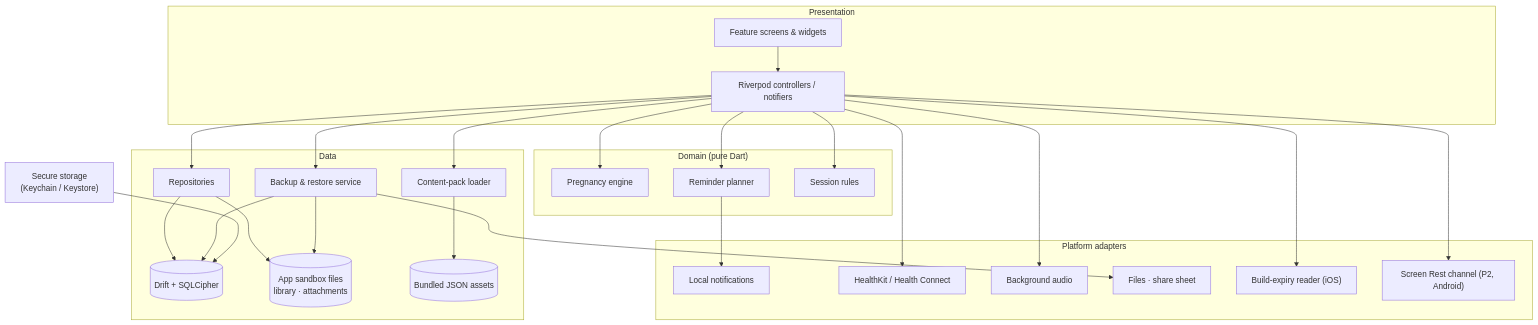
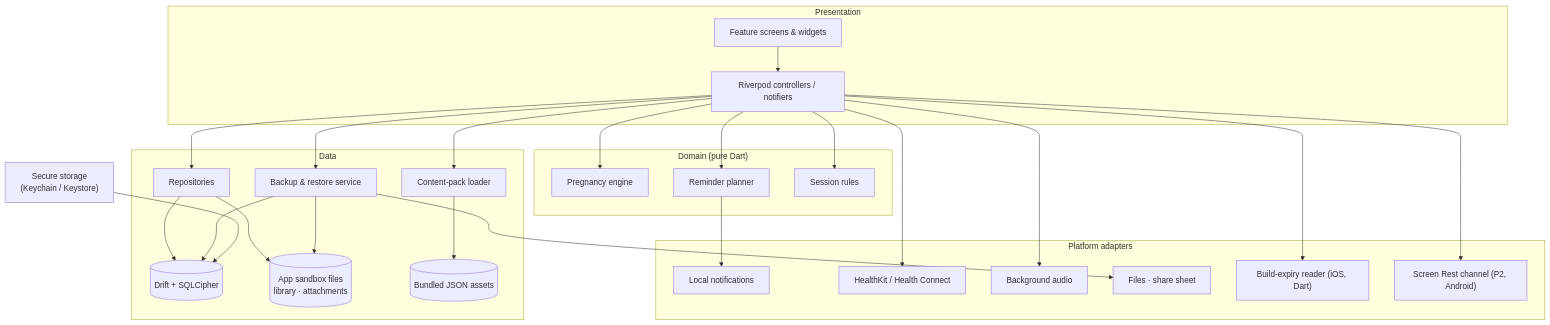
Before and after one commit to patel-keyur-18/pregnancy-care: the first of 4 diagrams in docs/ARCHITECTURE.md, drawn with Mermaid. The commit also changed other lines of this file and 5 other files, not shown here.

First line of the commit message:
docs: sync PLAN, ARCHITECTURE, DESIGN_SYSTEM, README and CLAUDE.md with M5a

````diff
--- a/docs/ARCHITECTURE.md
+++ b/docs/ARCHITECTURE.md
@@ -35,31 +35,31 @@
 ```mermaid
 flowchart TB
   subgraph UI["Presentation"]
     Screens["Feature screens & widgets"] --> Ctrl["Riverpod controllers / notifiers"]
   end
   subgraph Domain["Domain (pure Dart)"]
     Engine["Pregnancy engine"]
     Planner["Reminder planner"]
     Rules["Session rules"]
   end
   subgraph Data["Data"]
     Repos["Repositories"] --> DB[("Drift + SQLCipher")]
     Repos --> Files[("App sandbox files<br/>library · attachments")]
     Pack["Content-pack loader"] --> Assets[("Bundled JSON assets")]
     Backup["Backup & restore service"] --> DB
     Backup --> Files
   end
   subgraph Platform["Platform adapters"]
     Notif["Local notifications"]
     Health["HealthKit / Health Connect"]
     Audio["Background audio"]
     Share["Files · share sheet"]
-    Build["Build-expiry reader (iOS)"]
+    Build["Build-expiry reader (iOS, Dart)"]
     SR["Screen Rest channel (P2, Android)"]
   end
   Keys["Secure storage<br/>(Keychain / Keystore)"] --> DB
   Ctrl --> Engine & Planner & Rules & Repos & Pack & Backup
   Planner --> Notif
   Backup --> Share
   Ctrl --> Health & Audio & Build & SR
 ```
````
